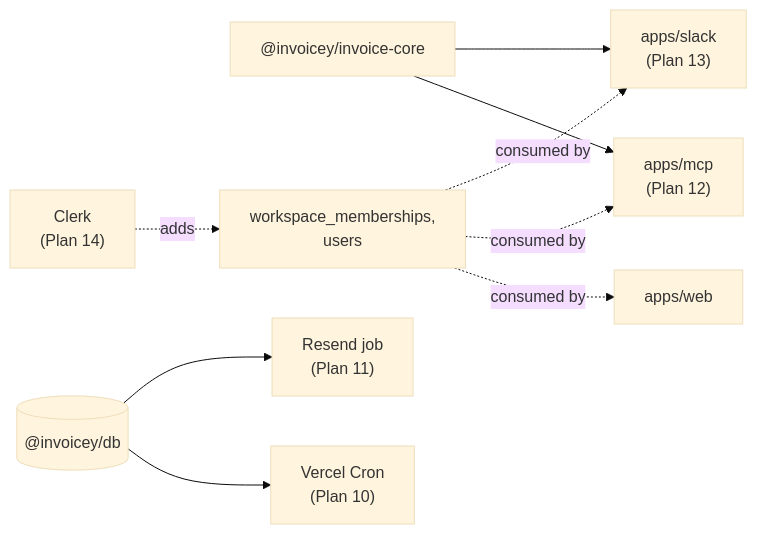
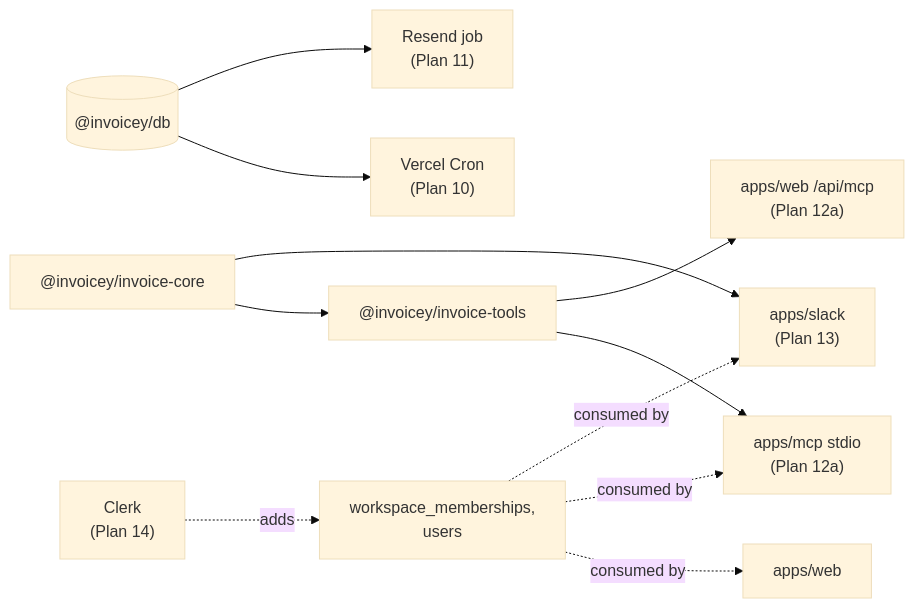
Before and after one commit to filipditrich/inveoiceyai: the fourth of 4 diagrams in docs/architecture.md, drawn with Mermaid (base theme). The commit also changed other lines of this file and 9 other files, not shown here.

First line of the commit message:
docs(docs): document Plan 12a local MCP and Vercel prep

````diff
--- a/docs/architecture.md
+++ b/docs/architecture.md
@@ -181,11 +183,13 @@
 ```mermaid
 flowchart LR
-    Core["@invoicey/invoice-core"] --> MCP["apps/mcp<br/>(Plan 12)"]
+    Core["@invoicey/invoice-core"] --> Tools["@invoicey/invoice-tools"]
+    Tools --> MCP["apps/mcp stdio<br/>(Plan 12a)"]
+    Tools --> WebMcp["apps/web /api/mcp<br/>(Plan 12a)"]
     Core --> Slack["apps/slack<br/>(Plan 13)"]
     DB[("@invoicey/db")] --> Cron["Vercel Cron<br/>(Plan 10)"]
     DB --> Email["Resend job<br/>(Plan 11)"]
     Auth["Clerk<br/>(Plan 14)"] -.adds.-> WS["workspace_memberships,<br/>users"]
     WS -.consumed by.-> Web["apps/web"]
     WS -.consumed by.-> MCP
     WS -.consumed by.-> Slack
 ```
````
